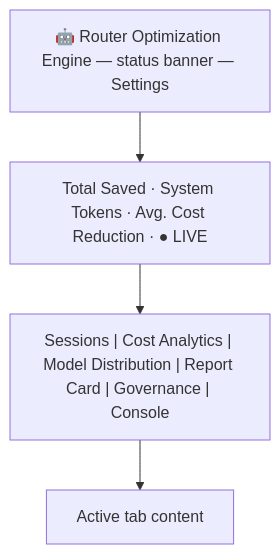
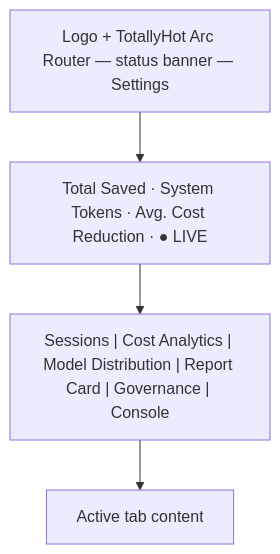
The diagram in docs/gui/dashboard.md (davidpizon/TotallyHot-ArcRouter), drawn with Mermaid before and after one commit. The commit also changed other lines of this file and 5 other files, not shown here.

````diff
--- a/docs/gui/dashboard.md
+++ b/docs/gui/dashboard.md
@@ -83,9 +83,9 @@
 ```mermaid
 flowchart TD
-    Header["🤖 Router Optimization Engine — status banner — Settings"]
+    Header["Logo + TotallyHot Arc Router — status banner — Settings"]
     Ticker["Total Saved · System Tokens · Avg. Cost Reduction · ● LIVE"]
     Tabs["Sessions | Cost Analytics | Model Distribution | Report Card | Governance | Console"]
     Content["Active tab content"]
 
     Header --> Ticker --> Tabs --> Content
 ```
````
